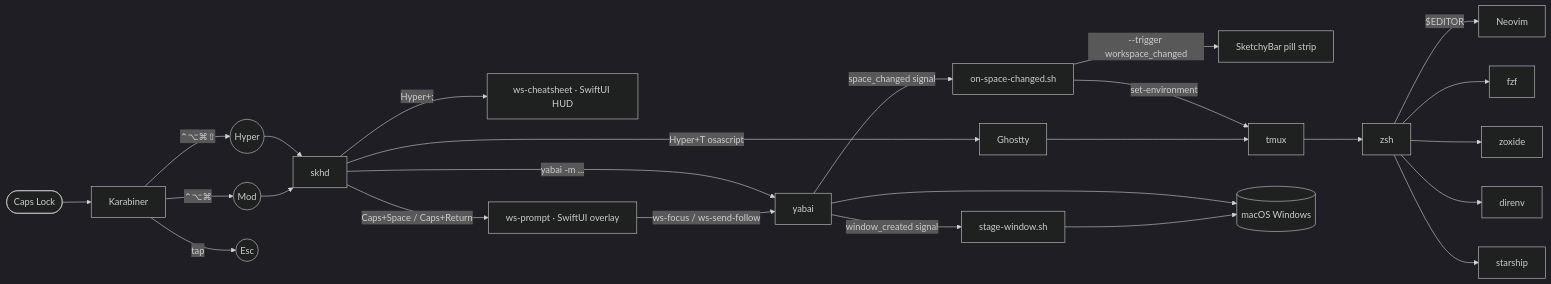
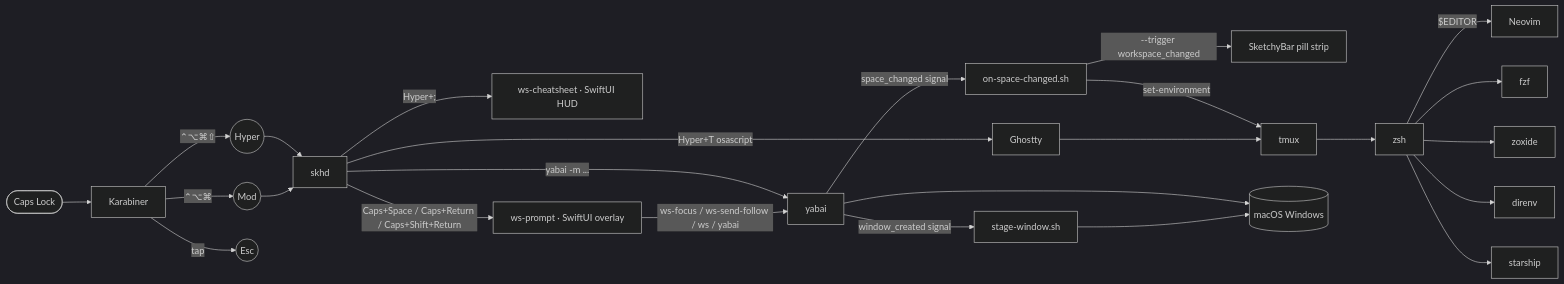
The first of 2 diagrams in docs/architecture.md (adames/dotfiles), drawn with Mermaid (dark theme) before and after one commit. The commit also changed other lines of this file and 2 other files, not shown here.

First line of the commit message:
docs: slim README + architecture.md + karabiner.md

````diff
--- a/docs/architecture.md
+++ b/docs/architecture.md
@@ -7,28 +7,27 @@
 ```mermaid
 graph LR
   CapsLock([Caps Lock]) --> Karabiner
   Karabiner -->|"⌃⌥⌘⇧"| Hyper((Hyper))
   Karabiner -->|"⌃⌥⌘"| Mod((Mod))
   Karabiner -->|tap| Esc((Esc))
 
   Hyper --> skhd
   Mod --> skhd
   skhd -->|"yabai -m ..."| yabai
   skhd -->|Hyper+T osascript| Ghostty
   skhd -->|Hyper+;| WSCheatsheet[ws-cheatsheet · SwiftUI HUD]
-  skhd -->|Caps+Space / Caps+Return| WSPrompt[ws-prompt · SwiftUI overlay]
-  WSPrompt -->|ws-focus / ws-send-follow| yabai
+  skhd -->|Caps+Space / Caps+Return / Caps+Shift+Return| WSPrompt[ws-prompt · SwiftUI overlay]
+  WSPrompt -->|ws-focus / ws-send-follow / ws / yabai| yabai
   yabai -->|window_created signal| WSStage[stage-window.sh]
-
   yabai -->|space_changed signal| WorkspaceHandler[on-space-changed.sh]
   WorkspaceHandler -->|--trigger workspace_changed| SketchyBar[SketchyBar pill strip]
   WorkspaceHandler -->|set-environment| tmux
 
   yabai --> Windows[(macOS Windows)]
   WSStage --> Windows
 
   Ghostty --> tmux
   tmux --> zsh
   zsh -->|"$EDITOR"| Neovim
   zsh --> fzf & zoxide & direnv & starship
 ```
````
